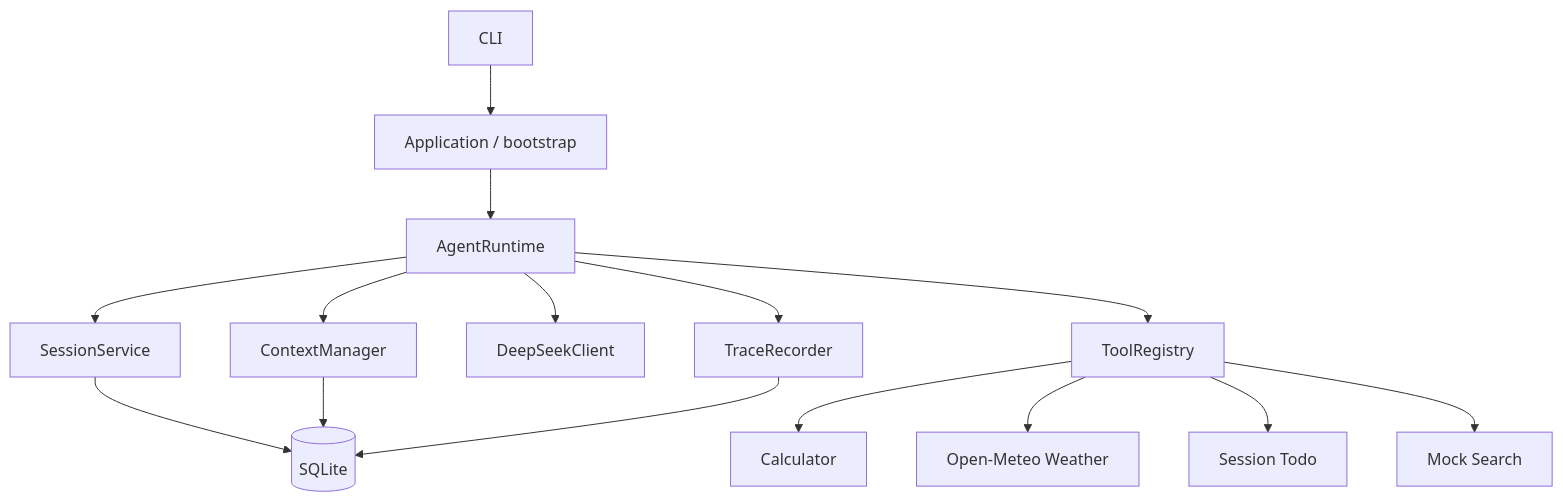
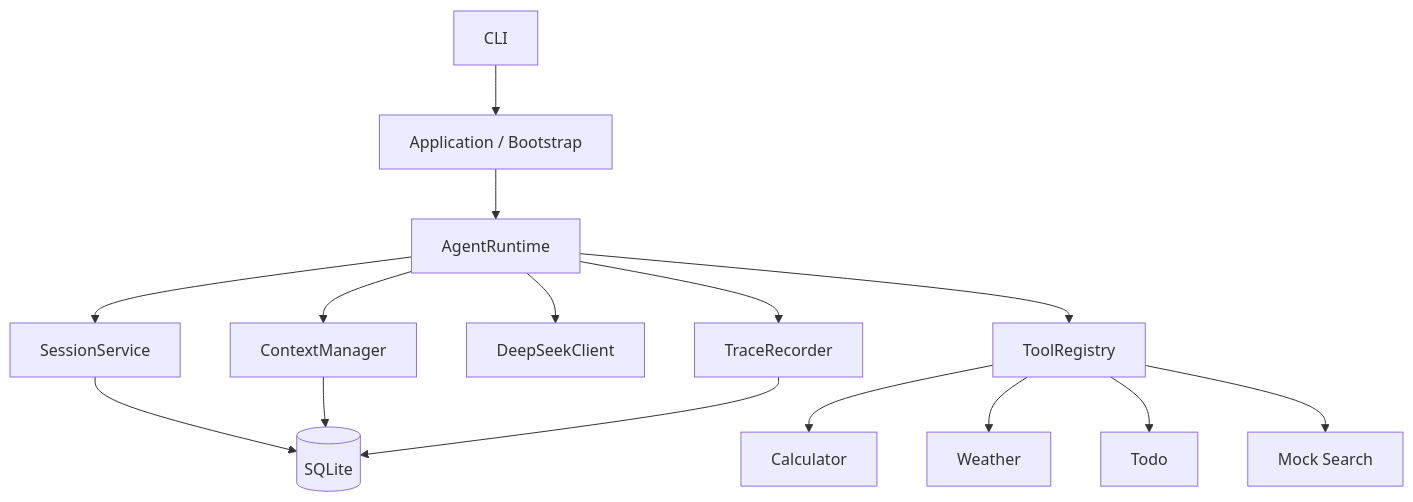
One commit to yihaiyang001-beep/demo_agent changed the diagram in README.md. Above: the diagram before and after it, drawn with Mermaid. The commit also changed other lines of this file and 3 other files, not shown here.

````diff
--- a/README.md
+++ b/README.md
@@ -90,17 +94,20 @@
 ```mermaid
 flowchart TD
-    CLI --> APP["Application / bootstrap"]
+    CLI --> APP["Application / Bootstrap"]
     APP --> RT["AgentRuntime"]
-    RT --> SS["SessionService"]
-    RT --> CM["ContextManager"]
+
+    RT --> SESSION["SessionService"]
+    RT --> CONTEXT["ContextManager"]
     RT --> LLM["DeepSeekClient"]
-    RT --> REG["ToolRegistry"]
+    RT --> REGISTRY["ToolRegistry"]
     RT --> TRACE["TraceRecorder"]
-    SS --> DB[("SQLite")]
-    CM --> DB
+
+    SESSION --> DB[("SQLite")]
+    CONTEXT --> DB
     TRACE --> DB
-    REG --> CALC["Calculator"]
-    REG --> WEATHER["Open-Meteo Weather"]
-    REG --> TODO["Session Todo"]
-    REG --> SEARCH["Mock Search"]
+
+    REGISTRY --> CALC["Calculator"]
+    REGISTRY --> WEATHER["Weather"]
+    REGISTRY --> TODO["Todo"]
+    REGISTRY --> SEARCH["Mock Search"]
 ```
````
